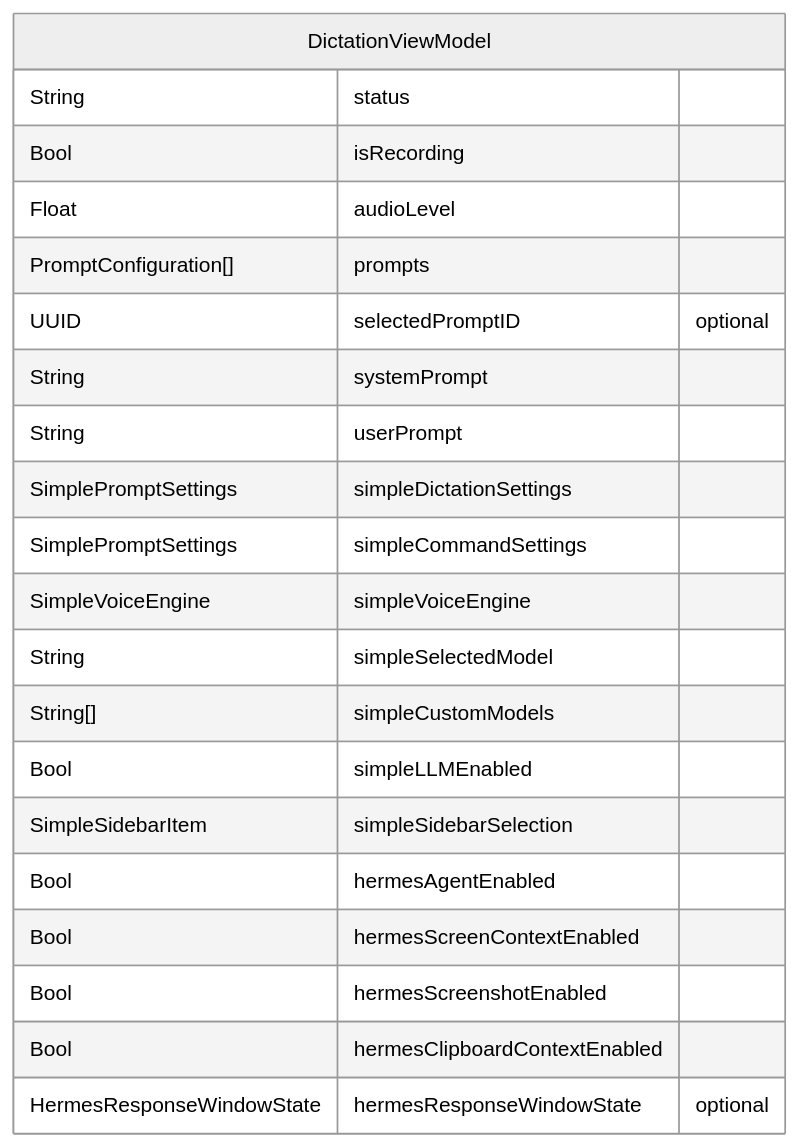
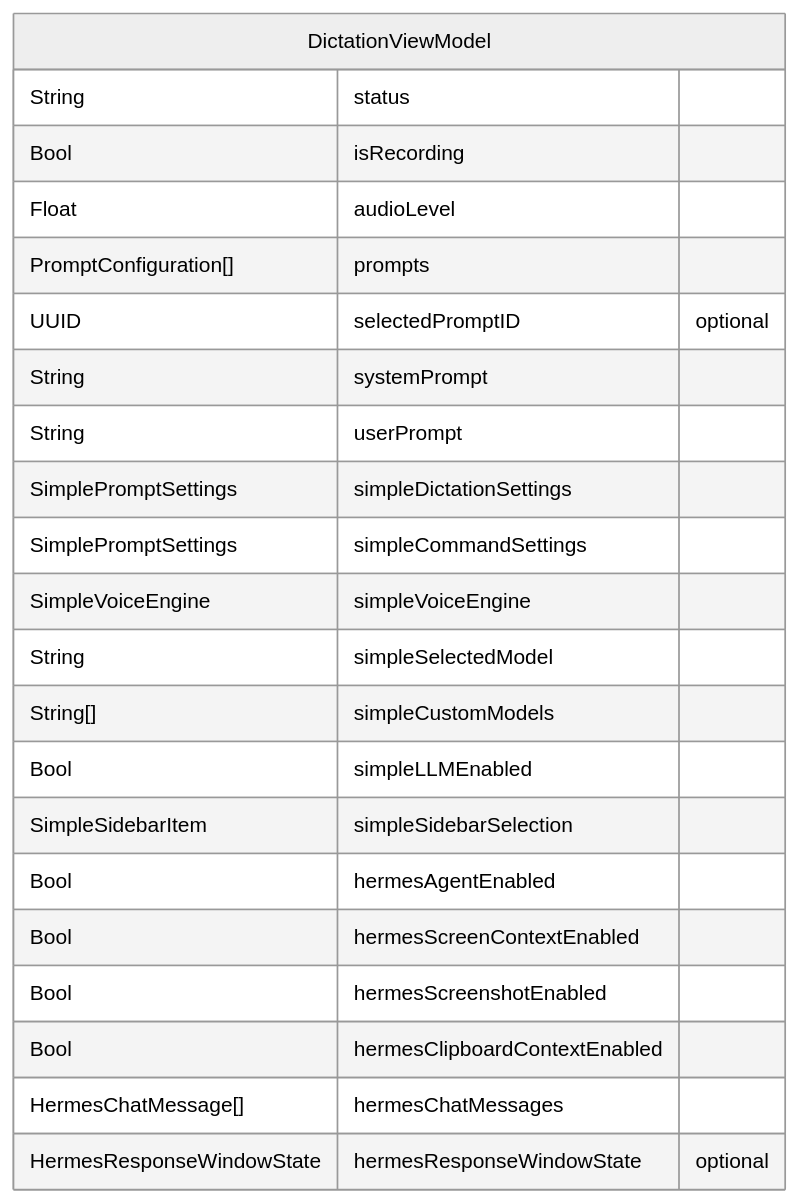
The ninth of 12 diagrams in datamodel.md (dkapo88/WonderWhisper-macOS), drawn with Mermaid (neutral theme) before and after one commit. The commit also changed other lines of this file and 8 other files, not shown here.

Commit message:
feat: add Hermes chat history and copy action

````diff
--- a/datamodel.md
+++ b/datamodel.md
@@ -403,24 +428,25 @@
 ```mermaid
 erDiagram
     DictationViewModel {
         String status
         Bool isRecording
         Float audioLevel
         PromptConfiguration[] prompts
         UUID selectedPromptID "optional"
         String systemPrompt
         String userPrompt
         SimplePromptSettings simpleDictationSettings
         SimplePromptSettings simpleCommandSettings
         SimpleVoiceEngine simpleVoiceEngine
         String simpleSelectedModel
         String[] simpleCustomModels
         Bool simpleLLMEnabled
         SimpleSidebarItem simpleSidebarSelection
         Bool hermesAgentEnabled
         Bool hermesScreenContextEnabled
         Bool hermesScreenshotEnabled
         Bool hermesClipboardContextEnabled
+        HermesChatMessage[] hermesChatMessages
         HermesResponseWindowState hermesResponseWindowState "optional"
     }
 ```
````
